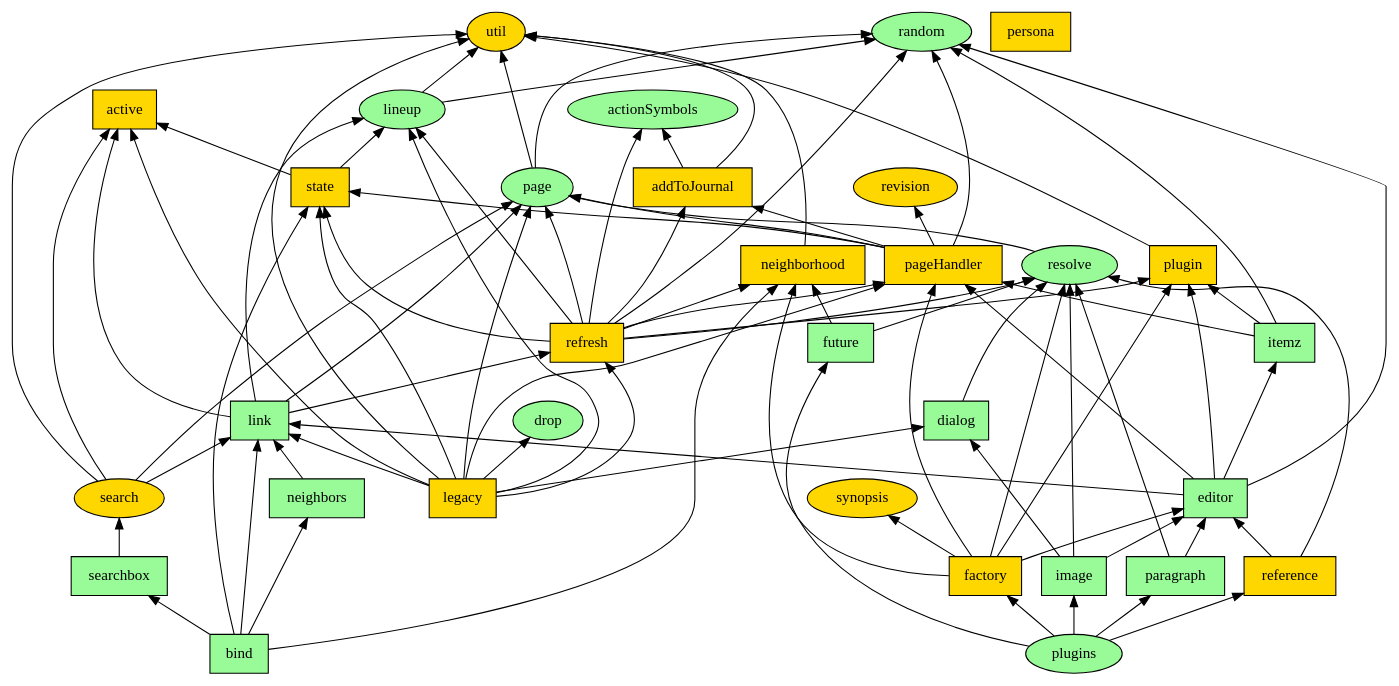
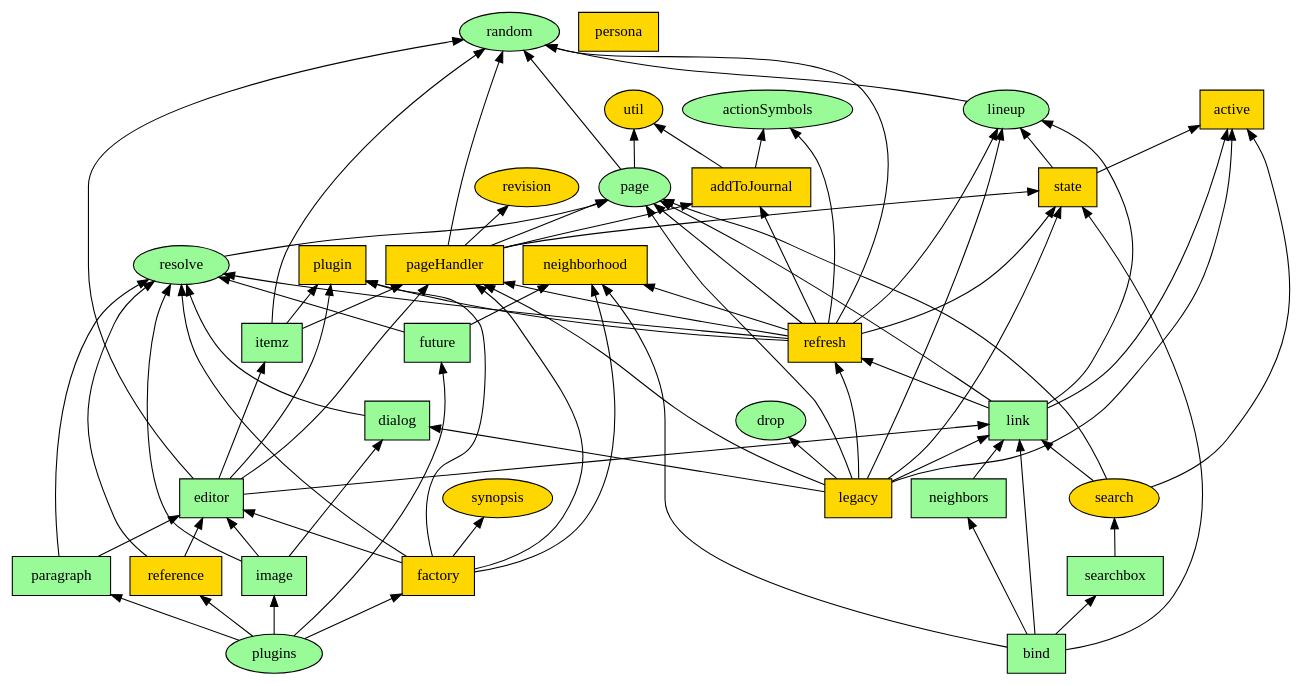
One commit to fedwiki/wiki-client changed the diagram in scripts/requires-graph.dot. Above: the diagram before and after it, drawn with Graphviz. The commit also changed 5 other files, not shown here.

```diff
--- a/scripts/requires-graph.dot
+++ b/scripts/requires-graph.dot
@@ -1,167 +1,162 @@
 digraph { node [style=filled];
 
 actionSymbols [fillcolor=paleGreen];
 
 active [fillcolor=gold];
 active [shape=box];
 
 addToJournal [fillcolor=gold];
 util -> addToJournal [dir=back];
 actionSymbols -> addToJournal [dir=back];
 addToJournal [shape=box];
 
 bind [fillcolor=paleGreen];
 neighborhood -> bind [dir=back];
 neighbors -> bind [dir=back];
 searchbox -> bind [dir=back];
 state -> bind [dir=back];
 link -> bind [dir=back];
 bind [shape=box];
 
 dialog [fillcolor=paleGreen];
 resolve -> dialog [dir=back];
 dialog [shape=box];
 
 drop [fillcolor=paleGreen];
 
 editor [fillcolor=paleGreen];
 plugin -> editor [dir=back];
 itemz -> editor [dir=back];
 pageHandler -> editor [dir=back];
 link -> editor [dir=back];
 random -> editor [dir=back];
 editor [shape=box];
 
 factory [fillcolor=gold];
 neighborhood -> factory [dir=back];
 plugin -> factory [dir=back];
 resolve -> factory [dir=back];
 pageHandler -> factory [dir=back];
 editor -> factory [dir=back];
 synopsis -> factory [dir=back];
 factory [shape=box];
 
 future [fillcolor=paleGreen];
 resolve -> future [dir=back];
 neighborhood -> future [dir=back];
 future [shape=box];
 
 image [fillcolor=paleGreen];
 dialog -> image [dir=back];
 editor -> image [dir=back];
 resolve -> image [dir=back];
 image [shape=box];
 
 itemz [fillcolor=paleGreen];
 pageHandler -> itemz [dir=back];
 plugin -> itemz [dir=back];
 random -> itemz [dir=back];
 itemz [shape=box];
 
 legacy [fillcolor=gold];
-util -> legacy [dir=back];
 pageHandler -> legacy [dir=back];
 state -> legacy [dir=back];
 active -> legacy [dir=back];
 refresh -> legacy [dir=back];
 lineup -> legacy [dir=back];
 drop -> legacy [dir=back];
 dialog -> legacy [dir=back];
 link -> legacy [dir=back];
 page -> legacy [dir=back];
 legacy [shape=box];
 
 lineup [fillcolor=paleGreen];
-util -> lineup [dir=back];
 random -> lineup [dir=back];
 
 link [fillcolor=paleGreen];
 lineup -> link [dir=back];
 active -> link [dir=back];
 refresh -> link [dir=back];
 page -> link [dir=back];
 link [shape=box];
 
 neighborhood [fillcolor=gold];
-util -> neighborhood [dir=back];
 neighborhood [shape=box];
 
 neighbors [fillcolor=paleGreen];
 link -> neighbors [dir=back];
 neighbors [shape=box];
 
 page [fillcolor=paleGreen];
 util -> page [dir=back];
 random -> page [dir=back];
 
 pageHandler [fillcolor=gold];
 state -> pageHandler [dir=back];
 revision -> pageHandler [dir=back];
 addToJournal -> pageHandler [dir=back];
 page -> pageHandler [dir=back];
 random -> pageHandler [dir=back];
 pageHandler [shape=box];
 
 paragraph [fillcolor=paleGreen];
 editor -> paragraph [dir=back];
 resolve -> paragraph [dir=back];
 paragraph [shape=box];
 
 persona [fillcolor=gold];
 persona [shape=box];
 
 plugin [fillcolor=gold];
-util -> plugin [dir=back];
 plugin [shape=box];
 
 plugins [fillcolor=paleGreen];
 reference -> plugins [dir=back];
 factory -> plugins [dir=back];
 paragraph -> plugins [dir=back];
 image -> plugins [dir=back];
 future -> plugins [dir=back];
 
 random [fillcolor=paleGreen];
 
 reference [fillcolor=gold];
 editor -> reference [dir=back];
 resolve -> reference [dir=back];
 reference [shape=box];
 
 refresh [fillcolor=gold];
 pageHandler -> refresh [dir=back];
 plugin -> refresh [dir=back];
 state -> refresh [dir=back];
 neighborhood -> refresh [dir=back];
 addToJournal -> refresh [dir=back];
 actionSymbols -> refresh [dir=back];
 lineup -> refresh [dir=back];
 resolve -> refresh [dir=back];
 random -> refresh [dir=back];
 page -> refresh [dir=back];
 refresh [shape=box];
 
 resolve [fillcolor=paleGreen];
 page -> resolve [dir=back];
 
 revision [fillcolor=gold];
 
 search [fillcolor=gold];
 link -> search [dir=back];
-util -> search [dir=back];
 active -> search [dir=back];
 page -> search [dir=back];
 
 searchbox [fillcolor=paleGreen];
 search -> searchbox [dir=back];
 searchbox [shape=box];
 
 state [fillcolor=gold];
 active -> state [dir=back];
 lineup -> state [dir=back];
 state [shape=box];
 
 synopsis [fillcolor=gold];
 
 util [fillcolor=gold];
 }
```
